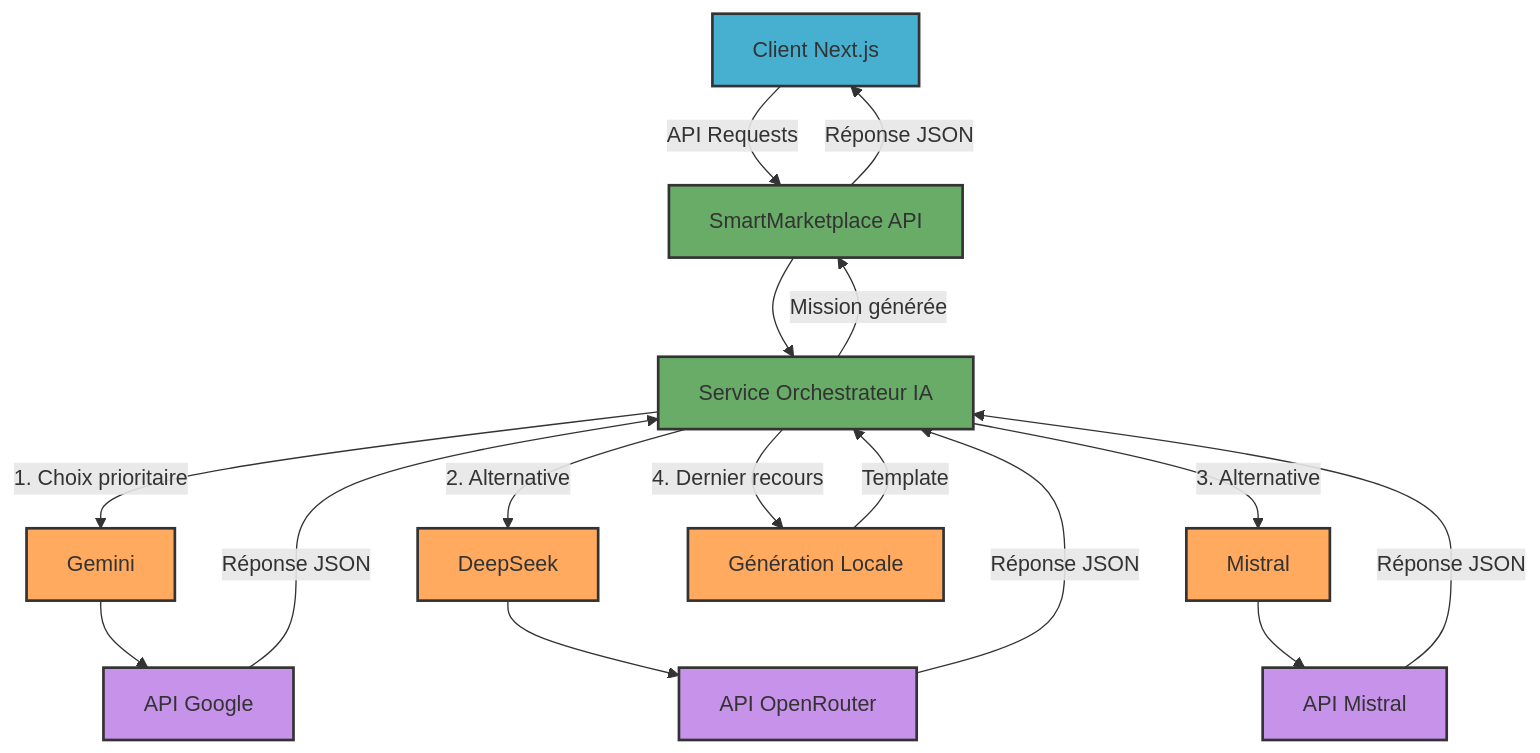
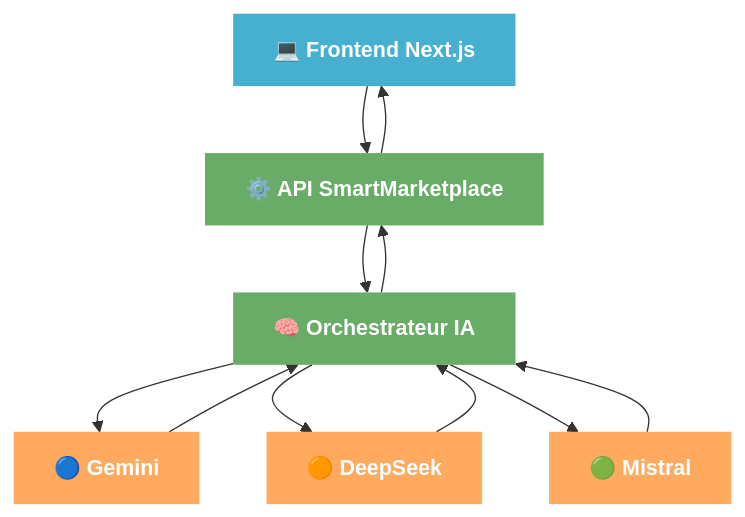
Before and after one commit to zachary013/mission-generator-marketplace: the diagram in README.md, drawn with Mermaid. The commit also changed other lines of this file, not shown here.

Commit message:
final version

````diff
--- a/README.md
+++ b/README.md
@@ -14,32 +14,25 @@
 ```mermaid
-flowchart TB
-    Client[Client Next.js] -->|API Requests| API[SmartMarketplace API]
+graph TB
+    %% Système principal
+    Frontend["💻 Frontend Next.js"] --> Backend["⚙️ API SmartMarketplace"]
+    Backend --> Orchestrateur["🧠 Orchestrateur IA"]
     
-    API --> AIService[Service Orchestrateur IA]
+    %% Services IA
+    Orchestrateur --> Gemini["🔵 Gemini"]
+    Orchestrateur --> DeepSeek["🟠 DeepSeek"]
+    Orchestrateur --> Mistral["🟢 Mistral"]
     
-    AIService -->|1. Choix prioritaire| Gemini[Gemini]
-    AIService -->|2. Alternative| DeepSeek[DeepSeek]
-    AIService -->|3. Alternative| Mistral[Mistral]
-    AIService -->|4. Dernier recours| Fallback[Génération Locale]
+    %% Résultat
+    Gemini & DeepSeek & Mistral --> Orchestrateur
+    Orchestrateur --> Backend
+    Backend --> Frontend
     
-    Gemini --> GeminiAPI[API Google]
-    DeepSeek --> DeepSeekAPI[API OpenRouter]
-    Mistral --> MistralAPI[API Mistral]
+    %% Styles
+    classDef frontend fill:#47b0d1,stroke:none,color:white,font-weight:bold
+    classDef backend fill:#68ac68,stroke:none,color:white,font-weight:bold
+    classDef ia fill:#ffaa5e,stroke:none,color:white,font-weight:bold
     
-    GeminiAPI & DeepSeekAPI & MistralAPI -->|Réponse JSON| AIService
-    Fallback -->|Template| AIService
-    
-    AIService -->|Mission générée| API
-    API -->|Réponse JSON| Client
-    
-    style Client fill:#47b0d1,stroke:#333,stroke-width:2px
-    style API fill:#68ac68,stroke:#333,stroke-width:2px
-    style AIService fill:#68ac68,stroke:#333,stroke-width:2px
-    style Gemini fill:#ffaa5e,stroke:#333,stroke-width:2px
-    style DeepSeek fill:#ffaa5e,stroke:#333,stroke-width:2px
-    style Mistral fill:#ffaa5e,stroke:#333,stroke-width:2px
-    style Fallback fill:#ffaa5e,stroke:#333,stroke-width:2px
-    style GeminiAPI fill:#c792ea,stroke:#333,stroke-width:2px
-    style DeepSeekAPI fill:#c792ea,stroke:#333,stroke-width:2px
-    style MistralAPI fill:#c792ea,stroke:#333,stroke-width:2px
+    class Frontend frontend
+    class Backend,Orchestrateur backend
+    class Gemini,DeepSeek,Mistral ia
 ```
````
